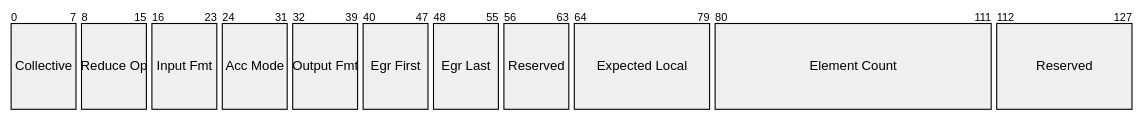
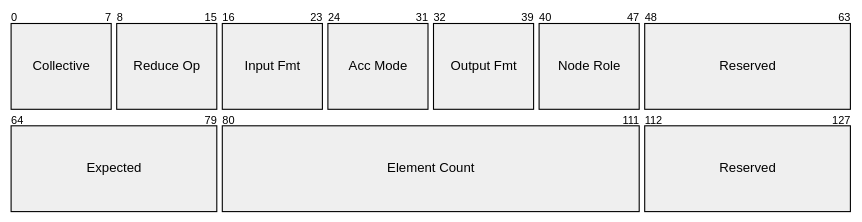
The seventh of 13 diagrams in docs/chapters/3-architecture/protocol.md (uniquadev/prism), drawn with Mermaid before and after one commit. The commit also changed other lines of this file and 9 other files, not shown here.

````diff
--- a/docs/chapters/3-architecture/protocol.md
+++ b/docs/chapters/3-architecture/protocol.md
@@ -291,15 +424,14 @@
 ```mermaid
-%%{init: {"packet": {"bitsPerRow": 128, "bitWidth": 8, "rowHeight": 78, "showBits": true}} }%%
+%%{init: {"packet": {"bitsPerRow": 64, "bitWidth": 12, "rowHeight": 78, "showBits": true}} }%%
 packet
     +8: "Collective"
     +8: "Reduce Op"
     +8: "Input Fmt"
     +8: "Acc Mode"
     +8: "Output Fmt"
-    +8: "Egr First"
-    +8: "Egr Last"
-    +8: "Reserved"
-    +16: "Expected Local"
+    +8: "Node Role"
+    +16: "Reserved"
+    +16: "Expected"
     +32: "Element Count"
     +16: "Reserved"
 ```
````
